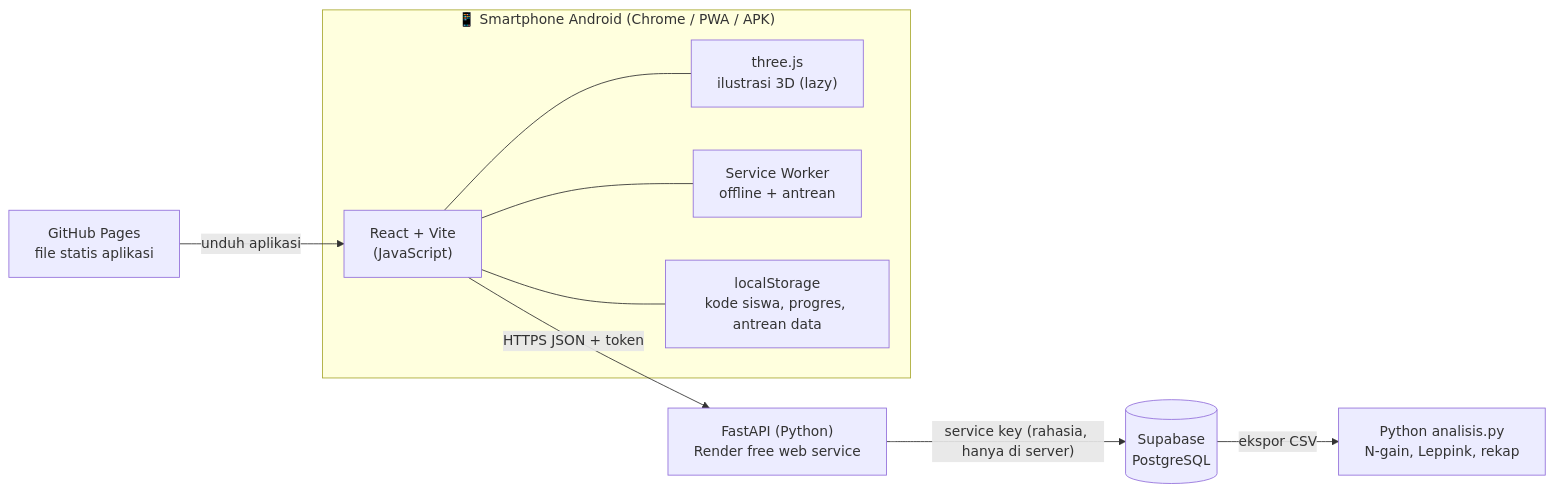
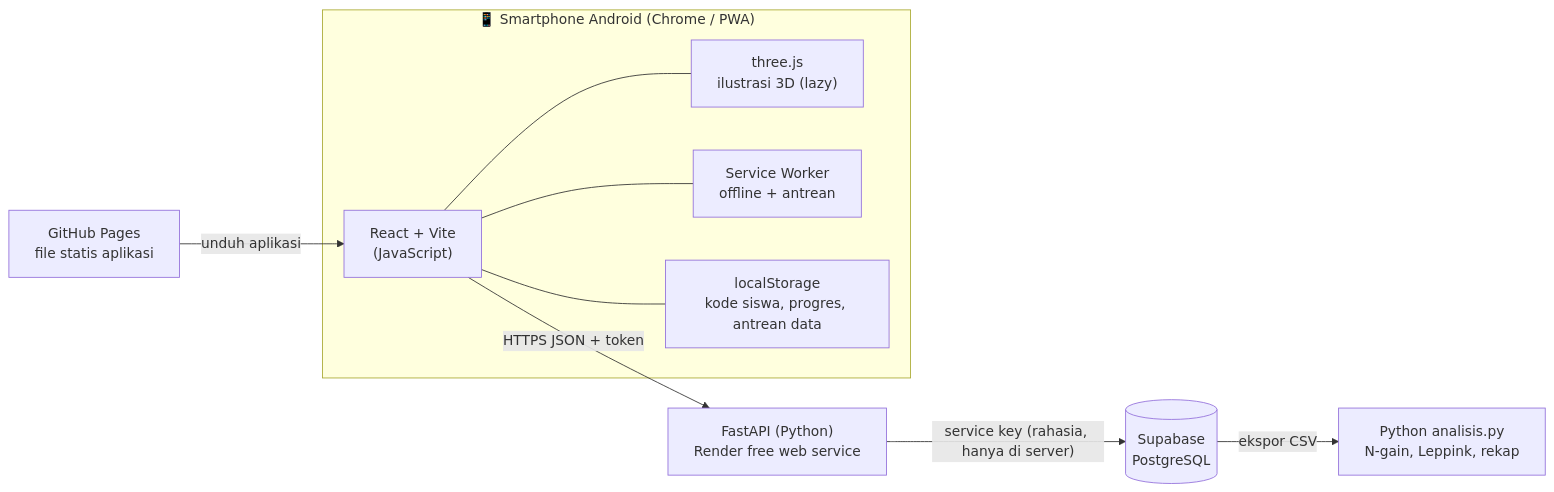
One commit to azkiahsafira/project-uas-penerapan-pythagoras-2225250013 changed the first of 2 diagrams in architecture.md. Above: the diagram before and after it, drawn with Mermaid. The commit also changed other lines of this file and 5 other files, not shown here.

````diff
--- a/architecture.md
+++ b/architecture.md
@@ -7,21 +7,21 @@
 ```mermaid
 flowchart LR
-  subgraph HP["📱 Smartphone Android (Chrome / PWA / APK)"]
+  subgraph HP["📱 Smartphone Android (Chrome / PWA)"]
     UI["React + Vite<br/>(JavaScript)"]
     TJS["three.js<br/>ilustrasi 3D (lazy)"]
     SW["Service Worker<br/>offline + antrean"]
     LS["localStorage<br/>kode siswa, progres, antrean data"]
   end
   GP["GitHub Pages<br/>file statis aplikasi"]
   API["FastAPI (Python)<br/>Render free web service"]
   DB[("Supabase<br/>PostgreSQL")]
   PY["Python analisis.py<br/>N-gain, Leppink, rekap"]
 
   GP -- unduh aplikasi --> UI
   UI --- TJS
   UI --- SW
   UI --- LS
   UI -- "HTTPS JSON + token" --> API
   API -- "service key (rahasia, hanya di server)" --> DB
   DB -- "ekspor CSV" --> PY
 ```
````
